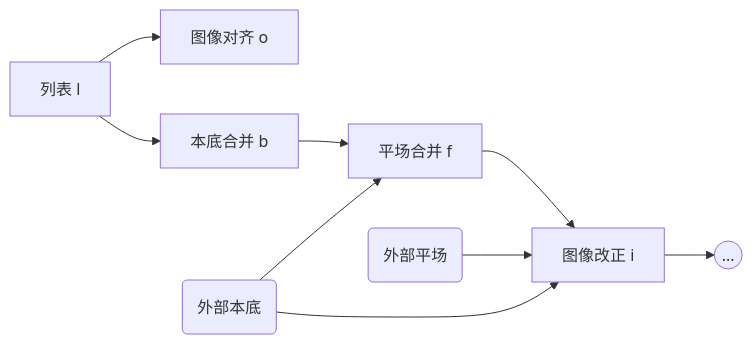
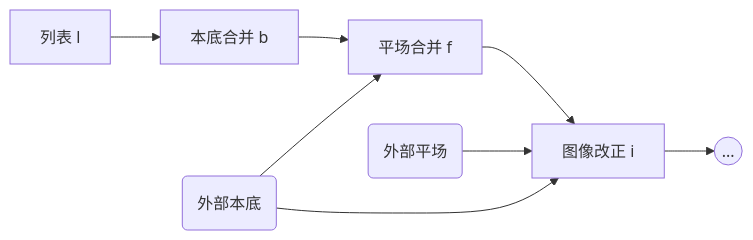
Before and after one commit to DrJieZheng/qlcp: the first of 2 diagrams in manual.md, drawn with Mermaid. The commit also changed other lines of this file and 15 other files, not shown here.

````diff
--- a/manual.md
+++ b/manual.md
@@ -271,11 +280,10 @@
 ```mermaid
 graph LR;
-  L[列表 l] --> O[图像对齐 o];
-  L --> B[本底合并 b];
+  L[列表 l] --> B[本底合并 b];
   B --> F[平场合并 f];
   F --> I[图像改正 i];
   AB(外部本底) --> F;
   AF(外部平场) --> I;
   AB --> I;
   I --> X((...))
 ```
````
